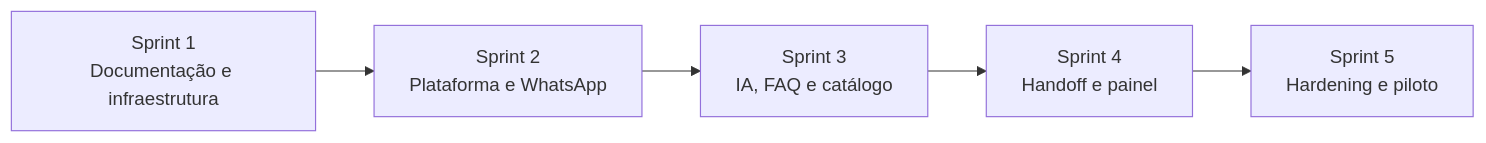
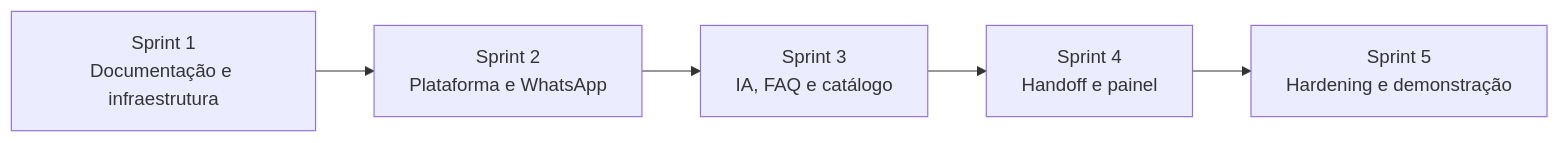
One commit to felipeft/WhatsFlow changed the first of 2 diagrams in docs/roadmap.md. Above: the diagram before and after it, drawn with Mermaid. The commit also changed other lines of this file and 37 other files, not shown here.

````diff
--- a/docs/roadmap.md
+++ b/docs/roadmap.md
@@ -27,7 +29,7 @@
 ```mermaid
 flowchart LR
     S1[Sprint 1<br/>Documentação e infraestrutura] --> S2[Sprint 2<br/>Plataforma e WhatsApp]
     S2 --> S3[Sprint 3<br/>IA, FAQ e catálogo]
     S3 --> S4[Sprint 4<br/>Handoff e painel]
-    S4 --> S5[Sprint 5<br/>Hardening e piloto]
+    S4 --> S5[Sprint 5<br/>Hardening e demonstração]
 ```
````
